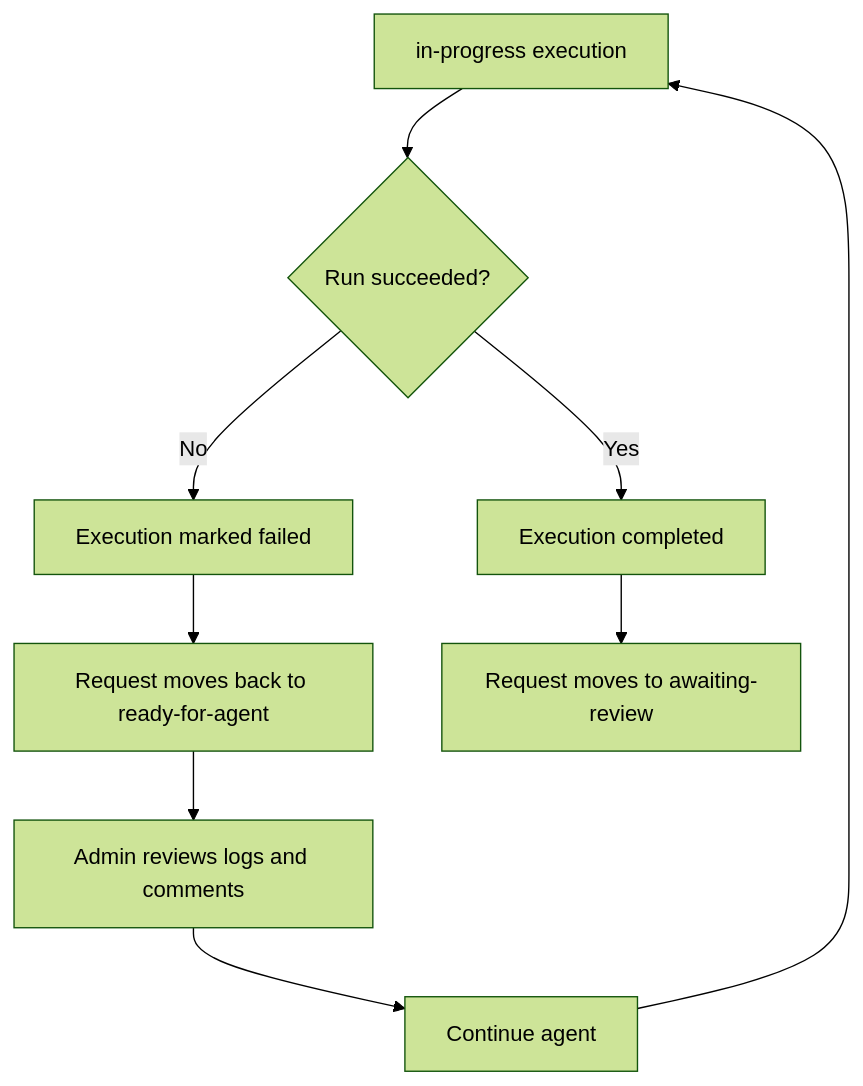
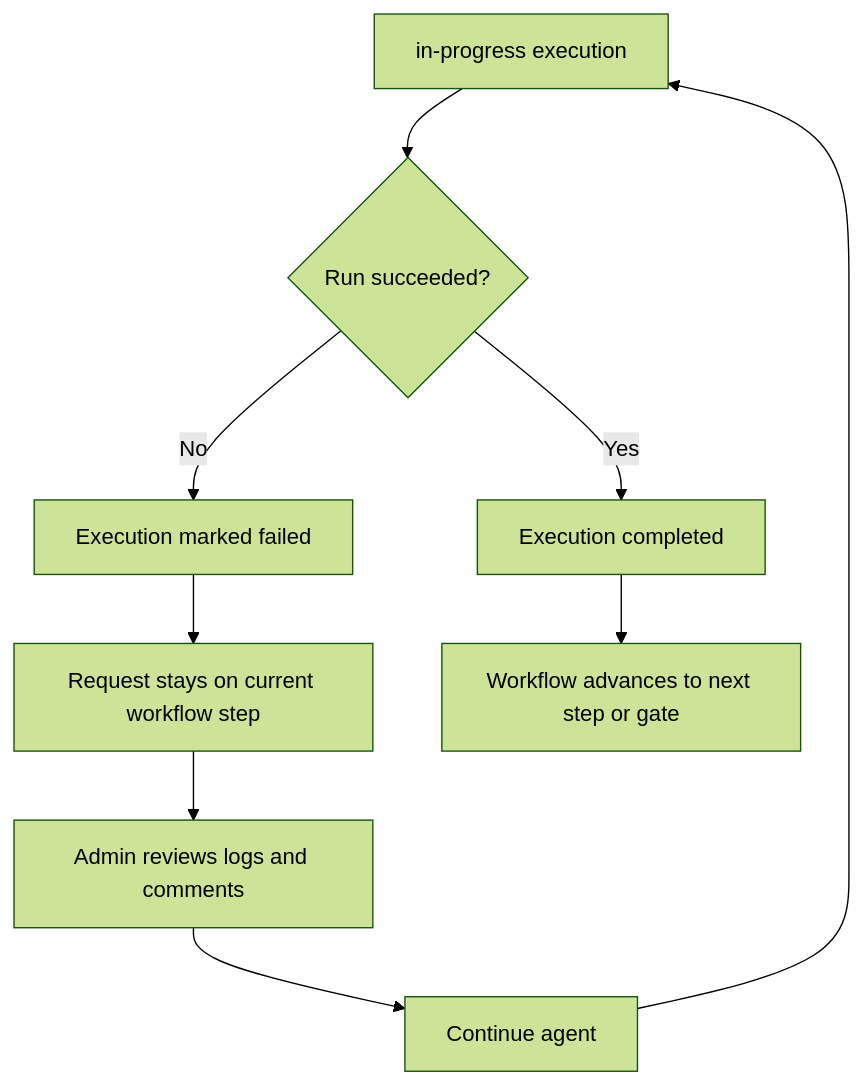
The sixth of 7 diagrams in docs/features/change-request-flow.md (superprismio/prism-railway-template), drawn with Mermaid (forest theme) before and after one commit. The commit also changed other lines of this file and 15 other files, not shown here.

Commit message:
Simplify workflow request status

````diff
--- a/docs/features/change-request-flow.md
+++ b/docs/features/change-request-flow.md
@@ -123,11 +123,11 @@
 ```mermaid
 flowchart TD
     A[in-progress execution] --> B{Run succeeded?}
     B -- No --> C[Execution marked failed]
-    C --> D[Request moves back to ready-for-agent]
+    C --> D[Request stays on current workflow step]
     D --> E[Admin reviews logs and comments]
     E --> F[Continue agent]
     F --> A
     B -- Yes --> G[Execution completed]
-    G --> H[Request moves to awaiting-review]
+    G --> H[Workflow advances to next step or gate]
 ```
````
